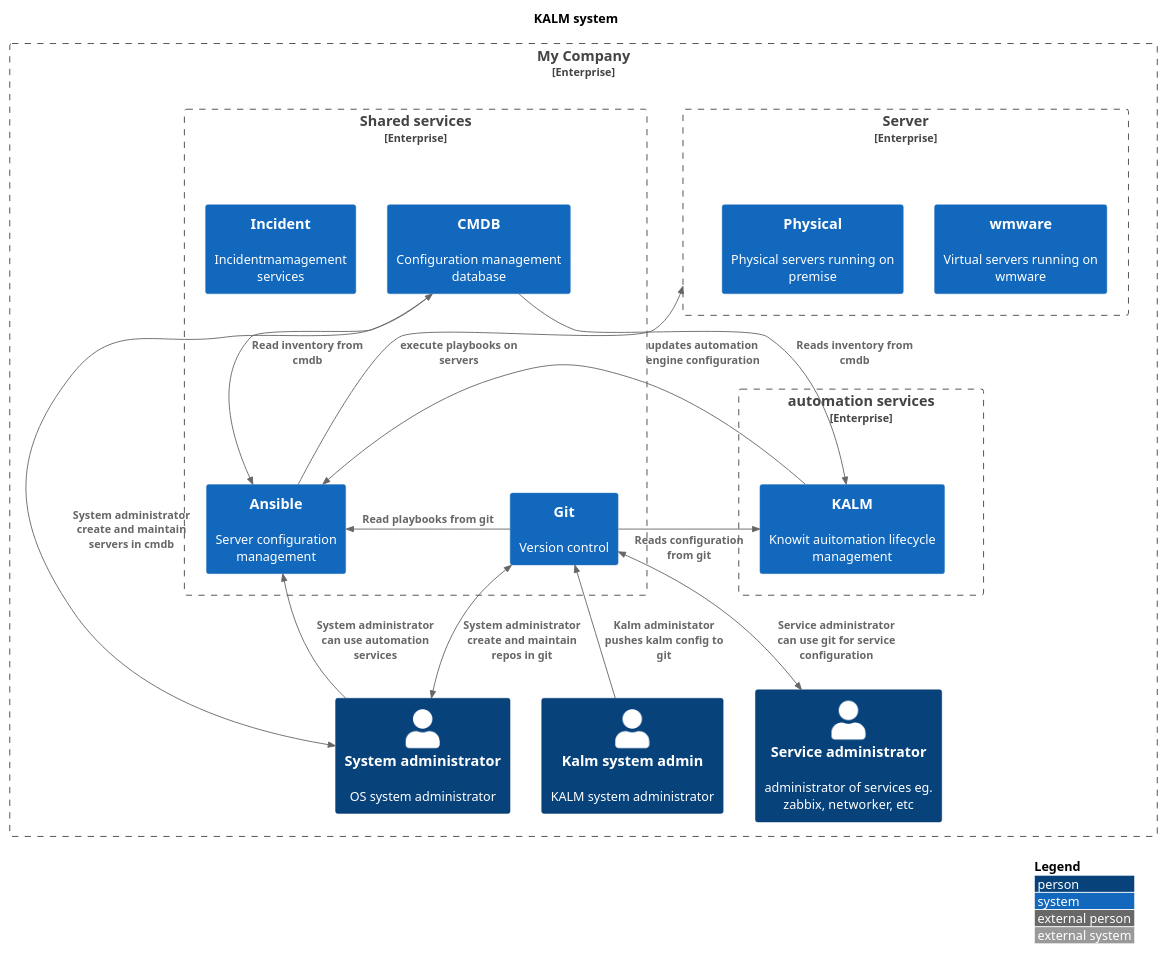
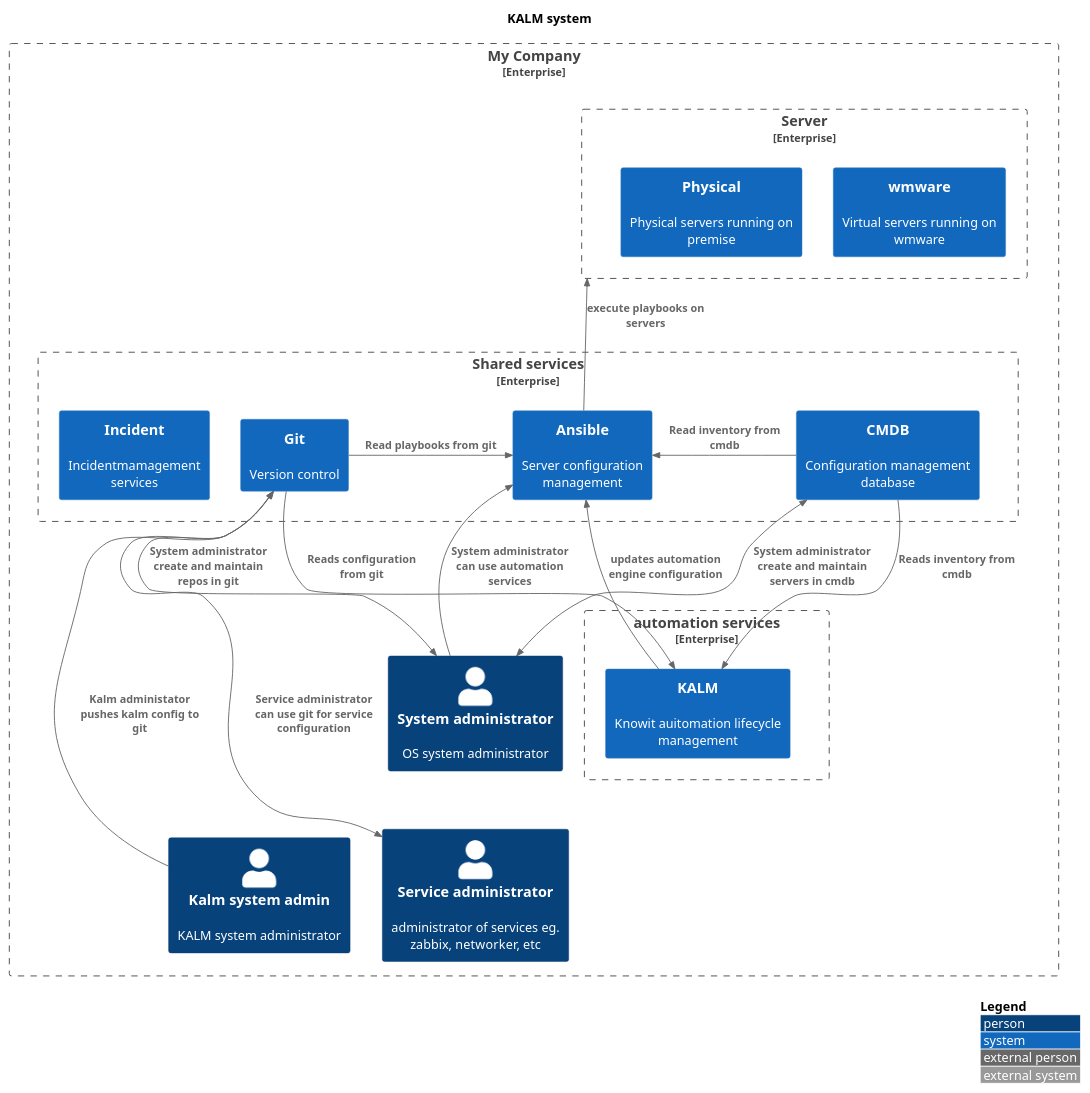
The diagram in diagrams/kalm.puml (JakobHolstDK/infowall), drawn with PlantUML before and after one commit.

Commit message:
no write

```diff
--- a/diagrams/kalm.puml
+++ b/diagrams/kalm.puml
@@ -1,71 +1,71 @@
 @startuml
 !include https://raw.githubusercontent.com/plantuml-stdlib/C4-PlantUML/master/C4_Context.puml
 
 ' uncomment the following line and comment the first to use locally
 ' !include C4_Context.puml
 
 LAYOUT_TOP_DOWN()
 'LAYOUT_AS_SKETCH()
 LAYOUT_WITH_LEGEND()
 
 
 title   KALM system
 
 
 Enterprise_Boundary(c0, "My Company", "My awesome organisation") {
 
 Person(kalmadmin, "Kalm system admin", "KALM system administrator")
 Person(systemadmin, "System administrator", "OS system administrator")
 Person(serviceadmin, "Service administrator", "administrator of services eg. zabbix, networker, etc")
 Enterprise_Boundary(c2, "Server ", "Virtuelle servere") {
     System(vmware, "wmware", "Virtual servers running on wmware")
     System(physicalservers, "Physical", "Physical servers running on premise")
 }
 
 Enterprise_Boundary(c3, "Shared services", "Shared services in the organisation") {
     System(cmdb, "CMDB", "Configuration management database")
     System(automation, "Ansible", "Server configuration management")
     System(git, "Git", "Version control")
     System(incident, "Incident", "Incidentmamagement services")
 }
 
 Enterprise_Boundary(c1, "automation services", "Automation services") {
     System(kalm, "KALM", "Knowit auitomation lifecycle management")
 }
 
 
 }
 
 Lay_L(serviceadmin, systemadmin)
 Lay_R(serviceadmin, kalmadmin)
 Lay_U(c1, c3)
 Lay_U(c1, c2)
 Lay_U(systemadmin, c1)
 Lay_U(kalmadmin, c1)
 Lay_U(serviceadmin, c1)
 
 
 
 
 Rel_Neighbor(git, automation, "Read playbooks from git")
-Rel_D(cmdb, automation, "Read inventory from cmdb")
+Rel_Neighbor(cmdb, automation, "Read inventory from cmdb")
 Rel_U(automation, c2 , "execute playbooks on servers")
 
 
 Rel_U(kalmadmin, git, "Kalm administator pushes kalm config to git")
 
 Rel_U(systemadmin, automation, "System administrator can use automation services")
 BiRel_R(systemadmin, git, "System administrator create and maintain repos in git")
 BiRel_L(systemadmin, cmdb, "System administrator create and maintain servers in cmdb")
 BiRel_D(serviceadmin, git, "Service administrator can use git for service configuration")
 
 
 
 
 
 Rel_D(cmdb, kalm, "Reads inventory from cmdb")
 Rel_D(git, kalm, "Reads configuration from git")
 Rel_L(kalm, automation, "updates automation engine configuration")
 
 
 @enduml
```
